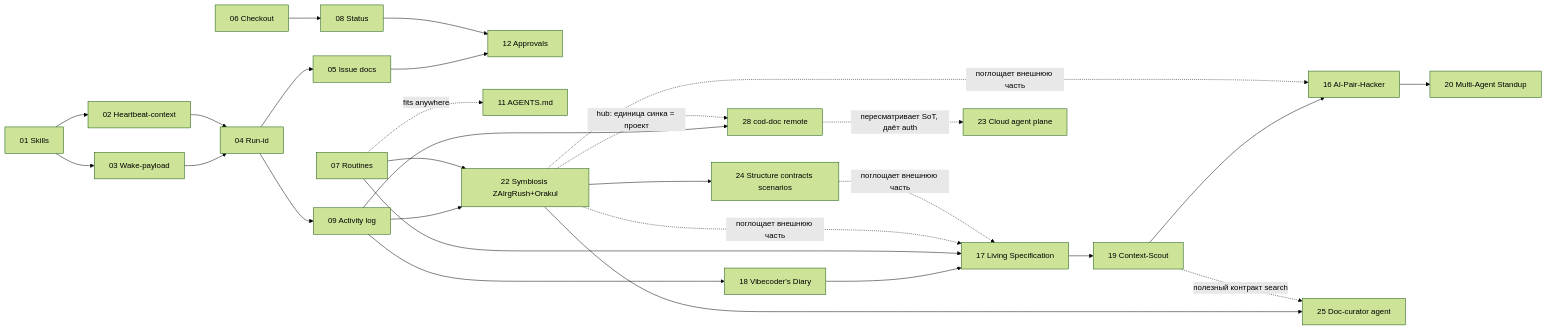
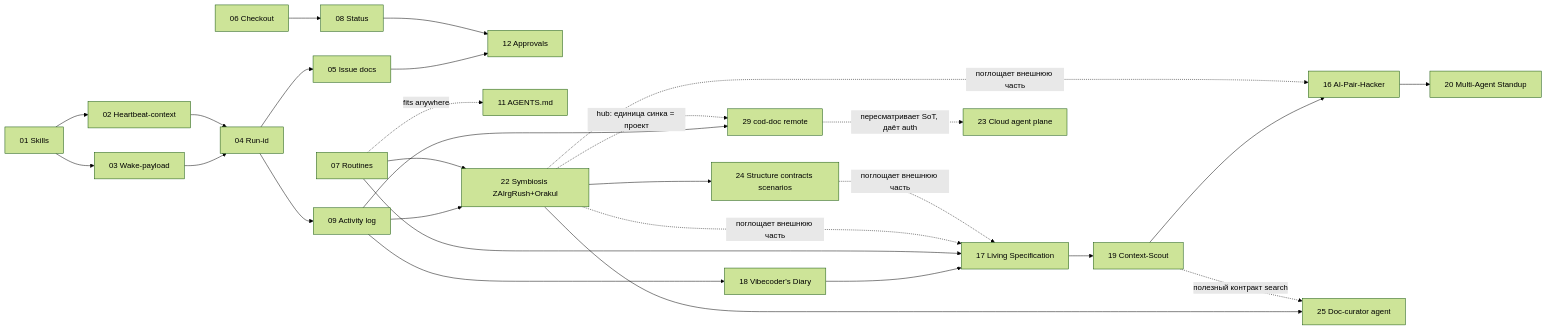
Before and after one commit to Orange-hanter/cod-doc: the diagram in proposals/README.md, drawn with Mermaid (forest theme). The commit also changed other lines of this file and 6 other files, not shown here.

````diff
--- a/proposals/README.md
+++ b/proposals/README.md
@@ -125,36 +125,36 @@
 ```mermaid
 graph LR
     A[01 Skills] --> B[03 Wake-payload]
     A --> C[02 Heartbeat-context]
     B --> D[04 Run-id]
     C --> D
     D --> E[09 Activity log]
     D --> F[05 Issue docs]
     F --> G[12 Approvals]
     H[08 Status] --> G
     I[06 Checkout] --> H
     J[07 Routines] -.fits anywhere.-> K[11 AGENTS.md]
     
     %% Hackathon-track
     E --> L[18 Vibecoder's Diary]
     L --> M[17 Living Specification]
     J --> M
     M --> N[19 Context-Scout]
     N --> O[16 AI-Pair-Hacker]
     O --> P[20 Multi-Agent Standup]
 
     %% Symbiosis-track
     E --> Q[22 Symbiosis ZAIrgRush+Orakul]
     J --> Q
     Q -.поглощает внешнюю часть.-> O
     Q -.поглощает внешнюю часть.-> M
     Q --> R[24 Structure contracts scenarios]
     R -.поглощает внешнюю часть.-> M
     Q --> S[25 Doc-curator agent]
     N -.полезный контракт search.-> S
 
     %% Cloud-track
-    E --> T[28 cod-doc remote]
+    E --> T[29 cod-doc remote]
     Q -.hub: единица синка = проект.-> T
     T -.пересматривает SoT, даёт auth.-> U[23 Cloud agent plane]
 ```
````
